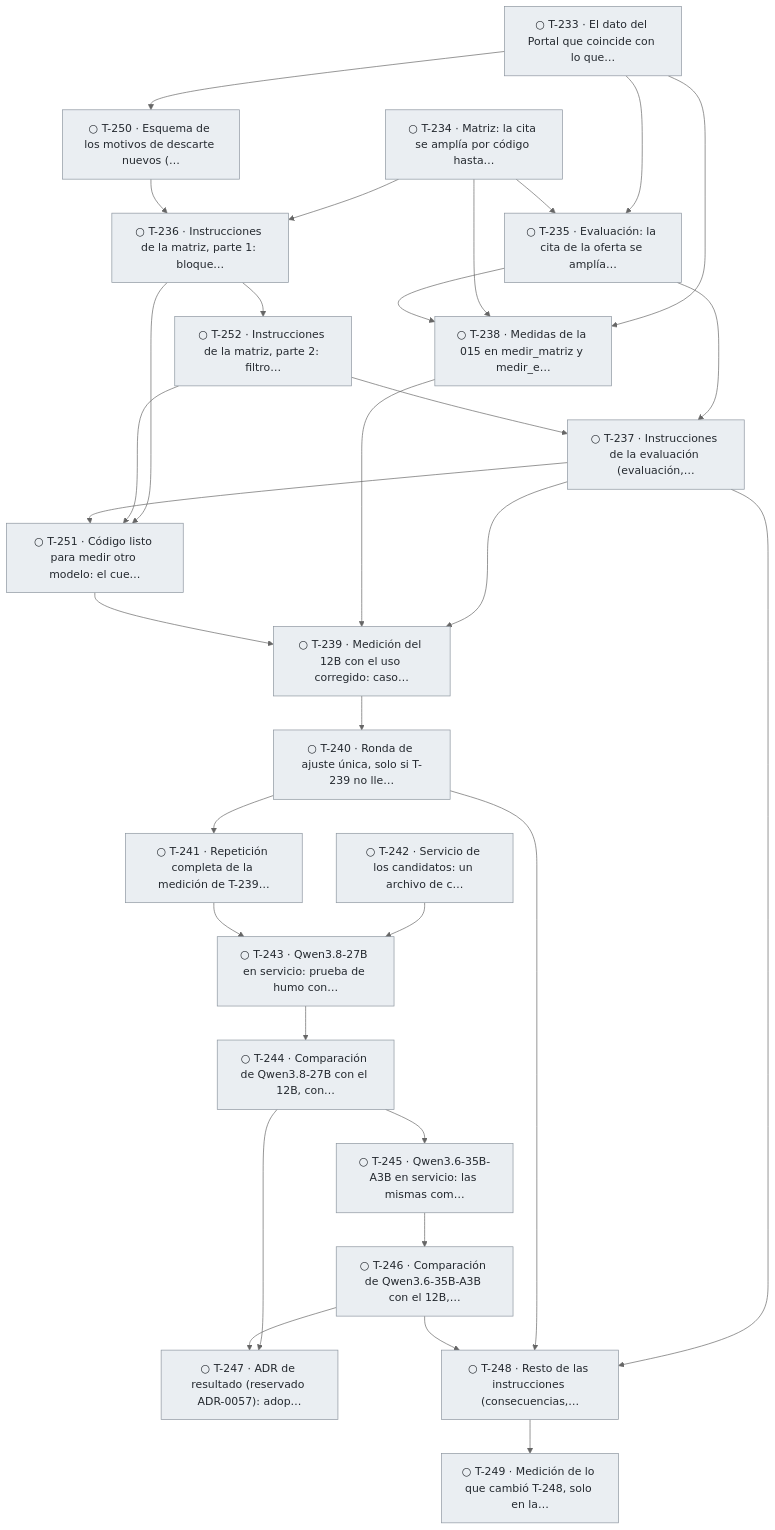
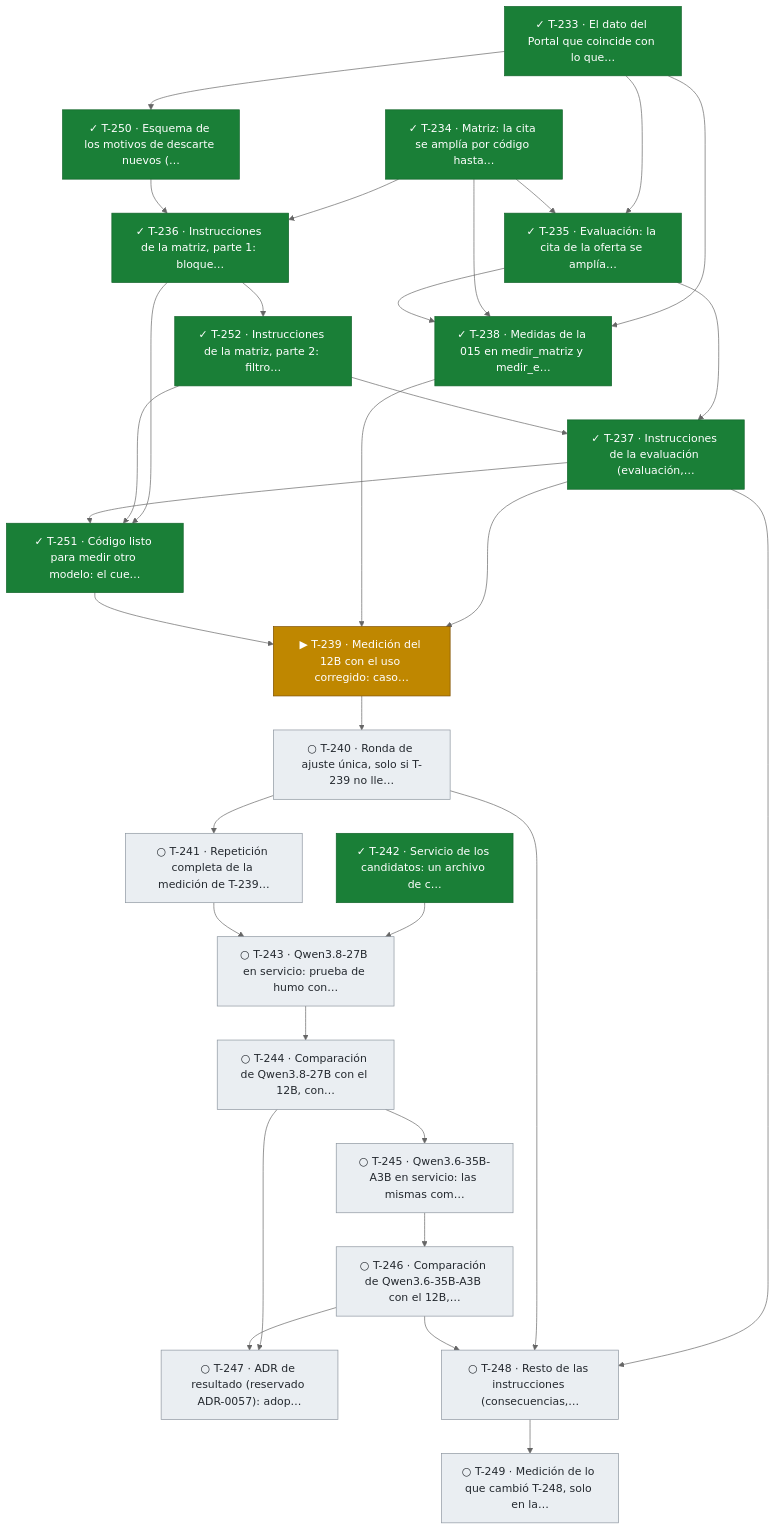
Diagram 17 of 17 in docs/tablero.md (snavello/EVALUON), drawn with Mermaid (neutral theme) before and after one commit. The commit also changed other lines of this file and 12 other files, not shown here.

````diff
--- a/docs/tablero.md
+++ b/docs/tablero.md
@@ -1320,58 +1320,58 @@
 ```mermaid
 flowchart TD
-  T233["○ T-233 · El dato del Portal que coincide con lo que…"]:::todo
-  T234["○ T-234 · Matriz: la cita se amplía por código hasta…"]:::todo
-  T250["○ T-250 · Esquema de los motivos de descarte nuevos (…"]:::todo
-  T235["○ T-235 · Evaluación: la cita de la oferta se amplía…"]:::todo
-  T236["○ T-236 · Instrucciones de la matriz, parte 1: bloque…"]:::todo
-  T252["○ T-252 · Instrucciones de la matriz, parte 2: filtro…"]:::todo
-  T237["○ T-237 · Instrucciones de la evaluación (evaluación,…"]:::todo
-  T251["○ T-251 · Código listo para medir otro modelo: el cue…"]:::todo
-  T238["○ T-238 · Medidas de la 015 en medir_matriz y medir_e…"]:::todo
-  T239["○ T-239 · Medición del 12B con el uso corregido: caso…"]:::todo
+  T233["✓ T-233 · El dato del Portal que coincide con lo que…"]:::done
+  T234["✓ T-234 · Matriz: la cita se amplía por código hasta…"]:::done
+  T250["✓ T-250 · Esquema de los motivos de descarte nuevos (…"]:::done
+  T235["✓ T-235 · Evaluación: la cita de la oferta se amplía…"]:::done
+  T236["✓ T-236 · Instrucciones de la matriz, parte 1: bloque…"]:::done
+  T252["✓ T-252 · Instrucciones de la matriz, parte 2: filtro…"]:::done
+  T237["✓ T-237 · Instrucciones de la evaluación (evaluación,…"]:::done
+  T251["✓ T-251 · Código listo para medir otro modelo: el cue…"]:::done
+  T238["✓ T-238 · Medidas de la 015 en medir_matriz y medir_e…"]:::done
+  T239["▶ T-239 · Medición del 12B con el uso corregido: caso…"]:::active
   T240["○ T-240 · Ronda de ajuste única, solo si T-239 no lle…"]:::todo
   T241["○ T-241 · Repetición completa de la medición de T-239…"]:::todo
-  T242["○ T-242 · Servicio de los candidatos: un archivo de c…"]:::todo
+  T242["✓ T-242 · Servicio de los candidatos: un archivo de c…"]:::done
   T243["○ T-243 · Qwen3.8-27B en servicio: prueba de humo con…"]:::todo
   T244["○ T-244 · Comparación de Qwen3.8-27B con el 12B, con…"]:::todo
   T245["○ T-245 · Qwen3.6-35B-A3B en servicio: las mismas com…"]:::todo
   T246["○ T-246 · Comparación de Qwen3.6-35B-A3B con el 12B,…"]:::todo
   T247["○ T-247 · ADR de resultado (reservado ADR-0057): adop…"]:::todo
   T248["○ T-248 · Resto de las instrucciones (consecuencias,…"]:::todo
   T249["○ T-249 · Medición de lo que cambió T-248, solo en la…"]:::todo
   T233 --> T250
   T233 --> T235
   T234 --> T235
   T234 --> T236
   T250 --> T236
   T236 --> T252
   T235 --> T237
   T252 --> T237
   T236 --> T251
   T252 --> T251
   T237 --> T251
   T233 --> T238
   T234 --> T238
   T235 --> T238
   T237 --> T239
   T238 --> T239
   T251 --> T239
   T239 --> T240
   T240 --> T241
   T242 --> T243
   T241 --> T243
   T243 --> T244
   T244 --> T245
   T245 --> T246
   T244 --> T247
   T246 --> T247
   T237 --> T248
   T240 --> T248
   T246 --> T248
   T248 --> T249
   classDef done fill:#1a7f37,stroke:#116329,color:#ffffff
   classDef review fill:#0969da,stroke:#0550ae,color:#ffffff
   classDef active fill:#bf8700,stroke:#7d4e00,color:#ffffff
   classDef blocked fill:#cf222e,stroke:#a40e26,color:#ffffff
   classDef todo fill:#eaeef2,stroke:#8c959f,color:#24292f
 ```
````
